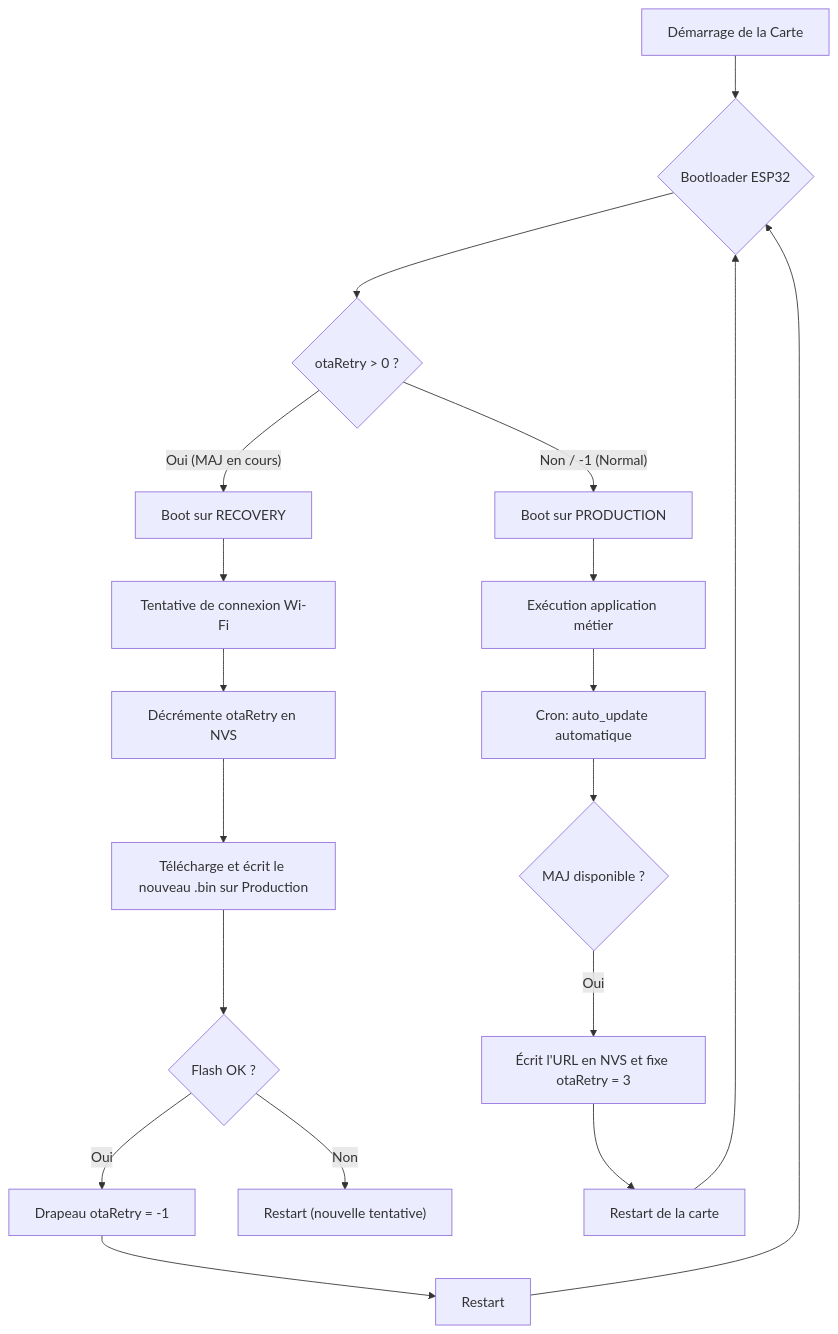
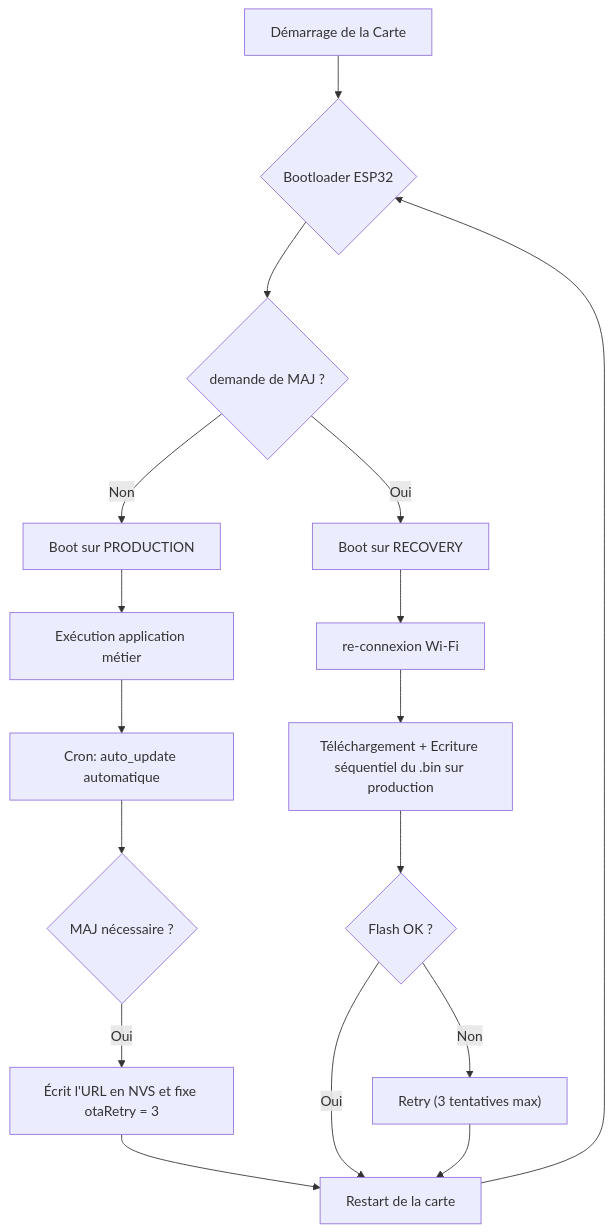
The first of 2 diagrams in README.md (sctfic/WhisperEye), drawn with Mermaid before and after one commit. The commit also changed other lines of this file and 7 other files, not shown here.

````diff
--- a/README.md
+++ b/README.md
@@ -35,23 +42,22 @@
 ```mermaid
 graph TD
     A[Démarrage de la Carte] --> B{Bootloader ESP32}
-    B --> C{otaRetry > 0 ?}
-    C -- "Oui (MAJ en cours)" --> D[Boot sur RECOVERY]
-    C -- "Non / -1 (Normal)" --> E[Boot sur PRODUCTION]
-
-    D --> D1[Tentative de connexion Wi-Fi]
-    D1 --> D2[Décrémente otaRetry en NVS]
-    D2 --> D3[Télécharge et écrit le nouveau .bin sur Production]
-    D3 --> D4{Flash OK ?}
-    D4 -- Oui --> D5[Drapeau otaRetry = -1]
-    D4 -- Non --> D6["Restart (nouvelle tentative)"]
-    D5 --> D7[Restart]
-    D7 --> B
+    B --> C{demande de MAJ ?}
+    C -- "Oui" --> D[Boot sur RECOVERY]
+    C -- "Non" --> E[Boot sur PRODUCTION]
 
     E --> E1[Exécution application métier]
     E1 --> E2[Cron: auto_update automatique]
-    E2 --> E3{MAJ disponible ?}
+    E2 --> E3{MAJ nécessaire ?}
     E3 -- Oui --> E4[Écrit l'URL en NVS et fixe otaRetry = 3]
     E4 --> E5[Restart de la carte]
     E5 --> B
+
+    D --> D1[re-connexion Wi-Fi]
+    D1 --> D3[Téléchargement + Ecriture séquentiel du .bin sur production]
+    D3 --> D4{Flash OK ?}
+    D4 -- "Oui" --> E5
+    D4 -- "Non" --> D6["Retry (3 tentatives max)"]
+    D6 --> E5
+
 ```
````
